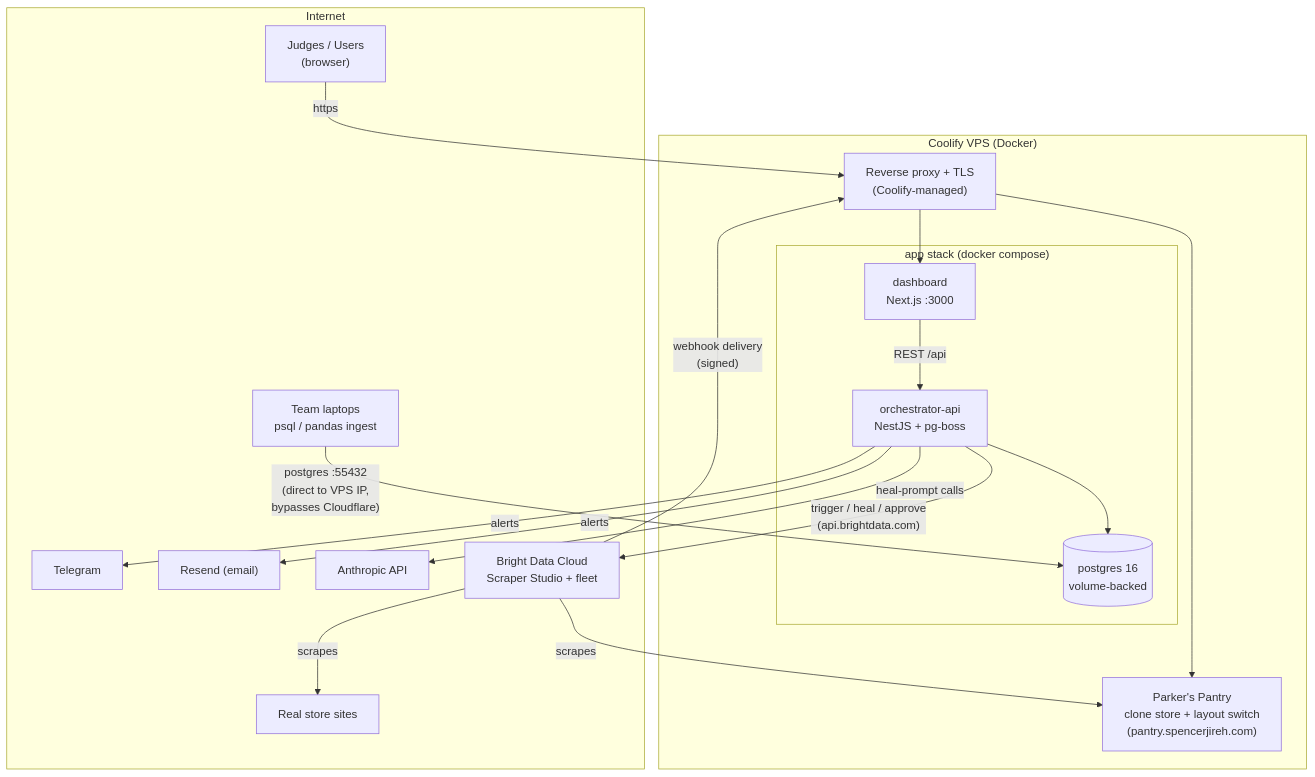
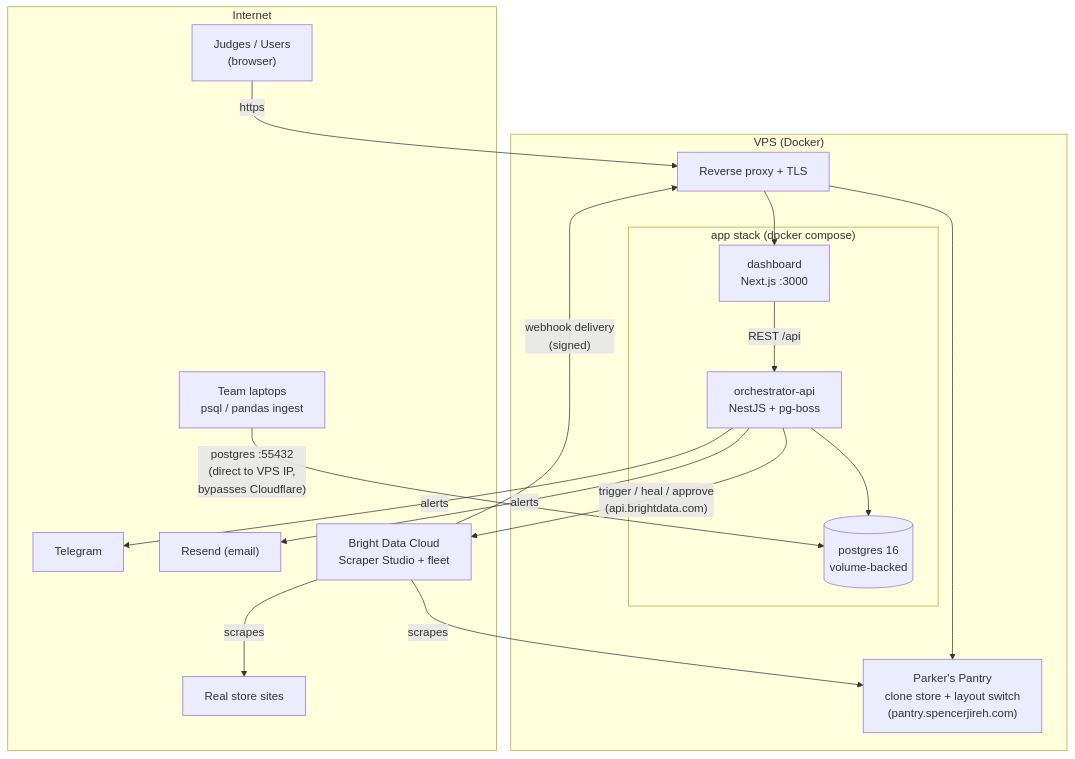
One commit to spencerjireh/basketwatch changed the fifth of 5 diagrams in docs/architecture.md. Above: the diagram before and after it, drawn with Mermaid. The commit also changed other lines of this file and 26 other files, not shown here.

````diff
--- a/docs/architecture.md
+++ b/docs/architecture.md
@@ -337,36 +340,34 @@
 ```mermaid
 flowchart TB
     subgraph INET["Internet"]
         JUDGE["Judges / Users<br/>(browser)"]
         TG["Telegram"]
         RESEND["Resend (email)"]
-        ANTHROPIC["Anthropic API"]
         BDCLOUD["Bright Data Cloud<br/>Scraper Studio + fleet"]
         STORES["Real store sites"]
         TEAM["Team laptops<br/>psql / pandas ingest"]
     end
 
-    subgraph COOLIFY["Coolify VPS (Docker)"]
-        PROXY["Reverse proxy + TLS<br/>(Coolify-managed)"]
+    subgraph COOLIFY["VPS (Docker)"]
+        PROXY["Reverse proxy + TLS"]
         subgraph APP["app stack (docker compose)"]
             WEB["dashboard<br/>Next.js :3000"]
             APIC["orchestrator-api<br/>NestJS + pg-boss"]
             PG[("postgres 16<br/>volume-backed")]
         end
         CLONE["Parker's Pantry<br/>clone store + layout switch<br/>(pantry.spencerjireh.com)"]
     end
 
     JUDGE -->|https| PROXY
     PROXY --> WEB
     PROXY --> CLONE
     WEB -->|REST /api| APIC
     APIC --> PG
     APIC -->|"trigger / heal / approve<br/>(api.brightdata.com)"| BDCLOUD
     BDCLOUD -->|"webhook delivery<br/>(signed)"| PROXY
     BDCLOUD -->|scrapes| STORES
     BDCLOUD -->|scrapes| CLONE
-    APIC -->|heal-prompt calls| ANTHROPIC
     APIC -->|alerts| RESEND
     APIC -->|alerts| TG
     TEAM -->|"postgres :55432<br/>(direct to VPS IP,<br/>bypasses Cloudflare)"| PG
 ```
````
